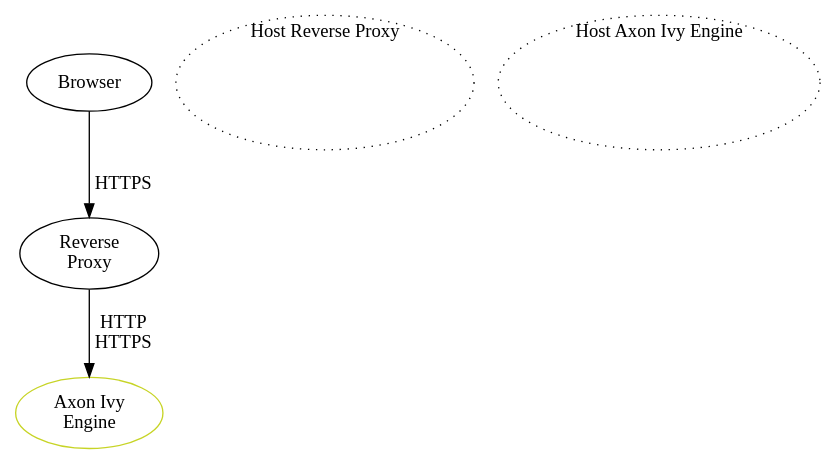
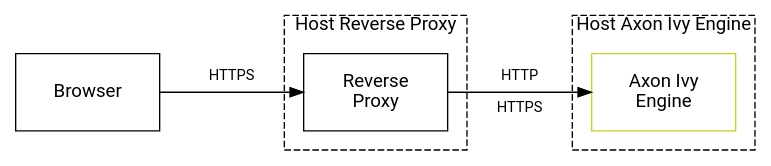
Before and after one commit to bernhardAxonIvy/doc: the diagram in source/engine-guide/integration/reverse-proxy/secure-setup/different-host.dot, drawn with Graphviz. The commit also changed 28 other files, not shown here.

```diff
--- a/source/engine-guide/integration/reverse-proxy/secure-setup/different-host.dot
+++ b/source/engine-guide/integration/reverse-proxy/secure-setup/different-host.dot
@@ -1,12 +1,22 @@
+digraph overview {
+  layout=neato;
+  node [shape=box, fontname="Roboto,Helvetica Neue,Arial,sans-serif", margin=0.1, fixedsize="true"]; 
+  
+  /* nodes */
+  browser      [label="Browser",                pos="0.0,2.5!", height="0.8", width="1.5"];
+  reverseproxy [label="Reverse\nProxy",         pos="3.0,2.5!", height="0.8", width="1.5"];
+  engine       [label="Axon Ivy\nEngine",       pos="6.0,2.5!", height="0.8", width="1.5", color="#C7D426", fontcolor="black"];
 
-digraph overview {
-  browser [ label="Browser", pos = "0,2.5!", width="1.3" height="0.6"];
-  reverseproxy [ label="Reverse\nProxy", pos="3,2.5!" width="1.3" height="0.6"]
-  engine [label="Axon Ivy\nEngine", pos="6,2.5!", height="0.6", width="1.3", color="#C7D426", fontcolor="black"];
 
-  hostProxy [ label="Host Reverse Proxy",pos = "3.0,2.6!" height=1.4 style="dotted" fontcolor="black" labelloc="t"];
-  hostEngine [ label="Host Axon Ivy Engine",pos = "6.0,2.6!" height=1.4 style="dotted" fontcolor="black" labelloc="t"];
-  
-  browser -> reverseproxy [ label="HTTPS"];
-  reverseproxy -> engine [ label="HTTP\nHTTPS" ];
+  hostProxy [label="Host Reverse Proxy",        pos="3.0,2.6!", height="1.4", width="1.9", style="dashed" fontcolor="black" labelloc="t"];
+  hostEngine [label="Host Axon Ivy Engine",     pos="6.0,2.6!", height="1.4", width="1.9", style="dashed" fontcolor="black" labelloc="t"];
+ 
+  /* edges */
+  browser -> reverseproxy;
+  reverseproxy -> engine;
+
+  /* edge labels */
+  browser_reverseproxy [label="HTTPS\n \n ",   pos="1.5,2.5!", height="0.8", width="1.7", shape=none, fillcolor=none, fontcolor="black", fontsize="11"];
+  reverseproxy_engine [label="HTTP\n \nHTTPS", pos="4.5,2.5!", height="0.8", width="1.7", shape=none, fillcolor=none, fontcolor="black", fontsize="11"];
+
 }
```
